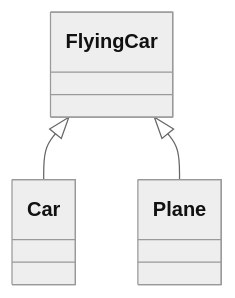
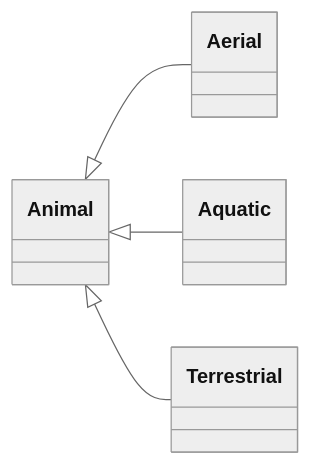
One commit to arunnambyar/tutorials changed diagram 11 of 12 in mermaid/docs/class_diagram.md. Above: the diagram before and after it, drawn with Mermaid (neutral theme). The commit also changed other lines of this file and 45 other files, not shown here.

````diff
--- a/mermaid/docs/class_diagram.md
+++ b/mermaid/docs/class_diagram.md
@@ -436,5 +305,7 @@
 ```mermaid
 classDiagram
-FlyingCar <|-- Car
-FlyingCar <|-- Plane
+  direction LR
+  Animal <|-- Aerial
+  Animal <|-- Aquatic
+  Animal <|-- Terrestrial
 ```
````
